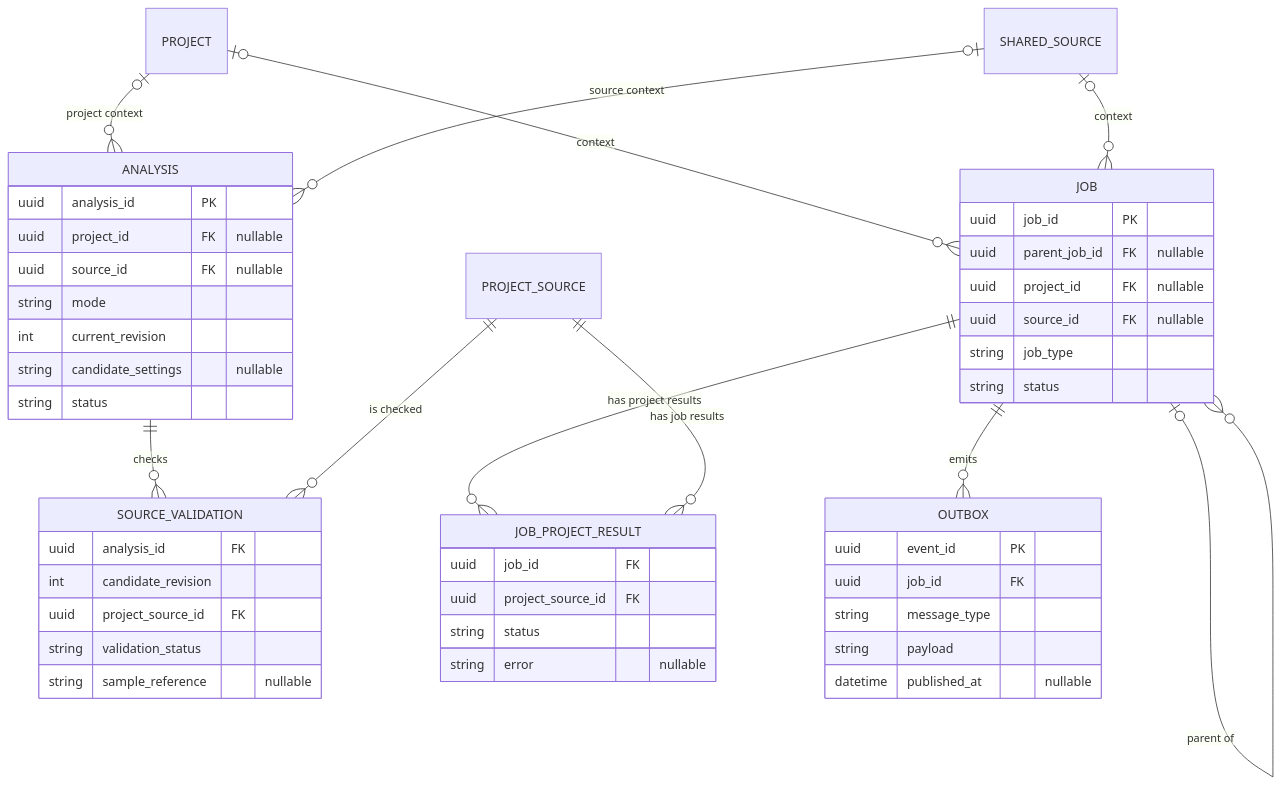
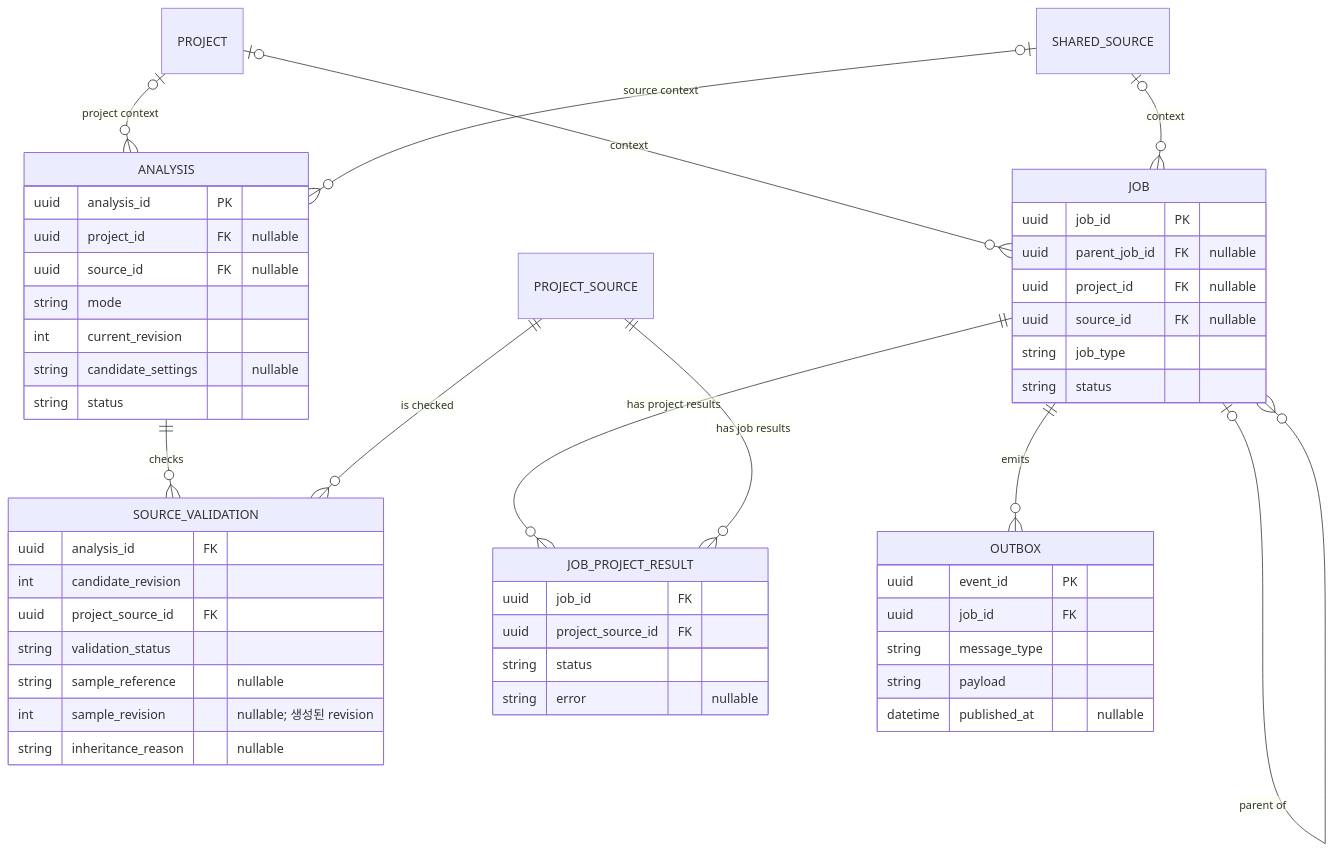
One commit to GecSchool/Weavo changed the third of 4 diagrams in docs/erd-initial-design.md. Above: the diagram before and after it, drawn with Mermaid. The commit also changed other lines of this file and 6 other files, not shown here.

````diff
--- a/docs/erd-initial-design.md
+++ b/docs/erd-initial-design.md
@@ -176,51 +176,53 @@
 ```mermaid
 erDiagram
     PROJECT o|--o{ ANALYSIS : "project context"
     SHARED_SOURCE o|--o{ ANALYSIS : "source context"
     ANALYSIS ||--o{ SOURCE_VALIDATION : "checks"
     PROJECT_SOURCE ||--o{ SOURCE_VALIDATION : "is checked"
     JOB o|--o{ JOB : "parent of"
     PROJECT o|--o{ JOB : "context"
     SHARED_SOURCE o|--o{ JOB : "context"
     JOB ||--o{ JOB_PROJECT_RESULT : "has project results"
     PROJECT_SOURCE ||--o{ JOB_PROJECT_RESULT : "has job results"
     JOB ||--o{ OUTBOX : "emits"
 
     ANALYSIS {
         uuid analysis_id PK
         uuid project_id FK "nullable"
         uuid source_id FK "nullable"
         string mode
         int current_revision
         string candidate_settings "nullable"
         string status
     }
     SOURCE_VALIDATION {
         uuid analysis_id FK
         int candidate_revision
         uuid project_source_id FK
         string validation_status
         string sample_reference "nullable"
+        int sample_revision "nullable; 생성된 revision"
+        string inheritance_reason "nullable"
     }
     JOB {
         uuid job_id PK
         uuid parent_job_id FK "nullable"
         uuid project_id FK "nullable"
         uuid source_id FK "nullable"
         string job_type
         string status
     }
     JOB_PROJECT_RESULT {
         uuid job_id FK
         uuid project_source_id FK
         string status
         string error "nullable"
     }
     OUTBOX {
         uuid event_id PK
         uuid job_id FK
         string message_type
         string payload
         datetime published_at "nullable"
     }
 ```
````
